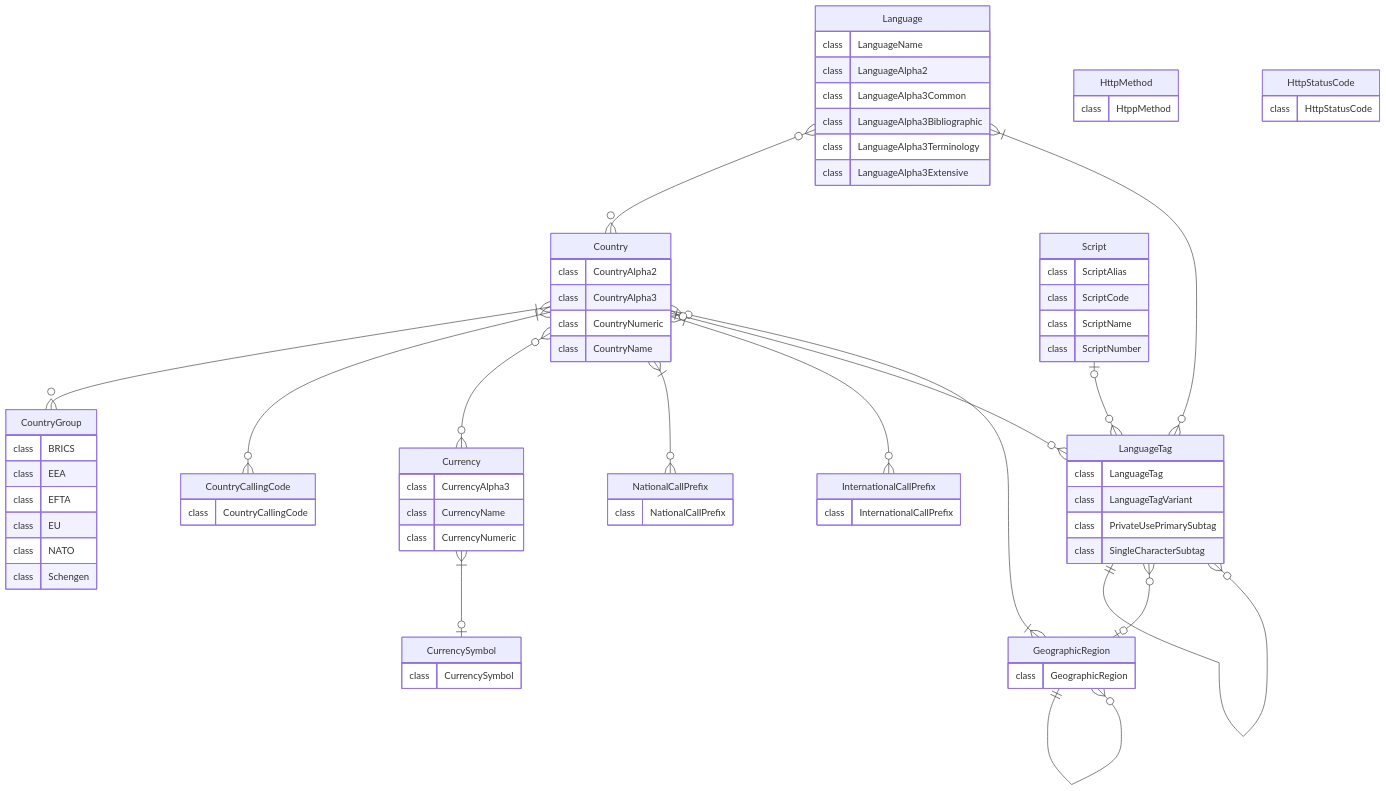
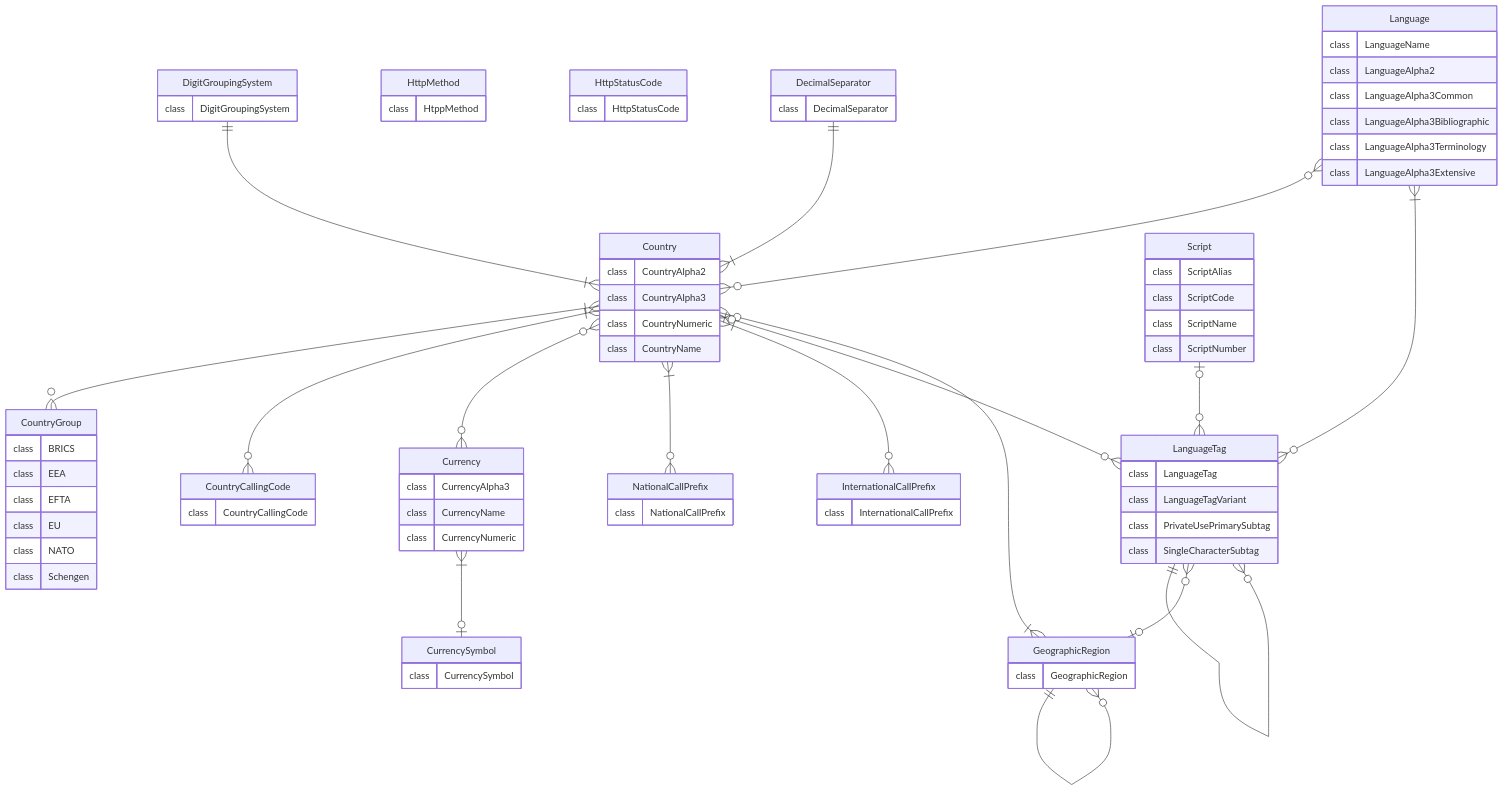
The first of 3 diagrams in README.md (PrinsFrank/standards), drawn with Mermaid before and after one commit. The commit also changed other lines of this file and 10 other files, not shown here.

Commit message:
Add digit grouping systems (#108)

```diff
--- a/README.md
+++ b/README.md
@@ -100,7 +100,15 @@
     HttpStatusCode {
         class HttpStatusCode
     }
+    DigitGroupingSystem {
+        class DigitGroupingSystem
+    }
+    DecimalSeparator {
+        class DecimalSeparator
+    }
 
+    DigitGroupingSystem ||--|{ Country: ""
+    DecimalSeparator ||--|{ Country: ""
     GeographicRegion }|--o{ Country: ""
     GeographicRegion ||--o{ GeographicRegion: ""
     Language }o--o{ Country: ""
```
